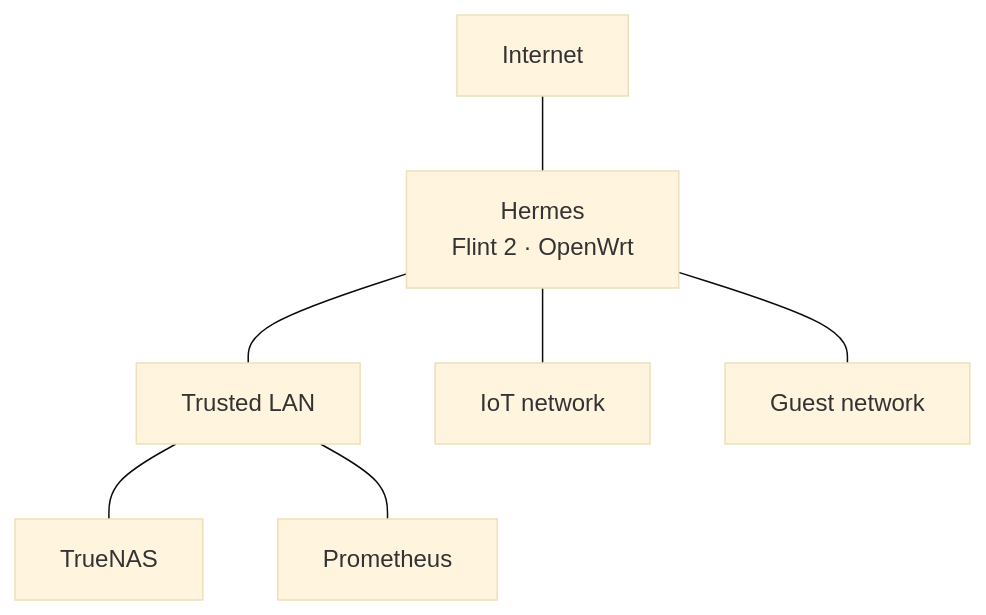
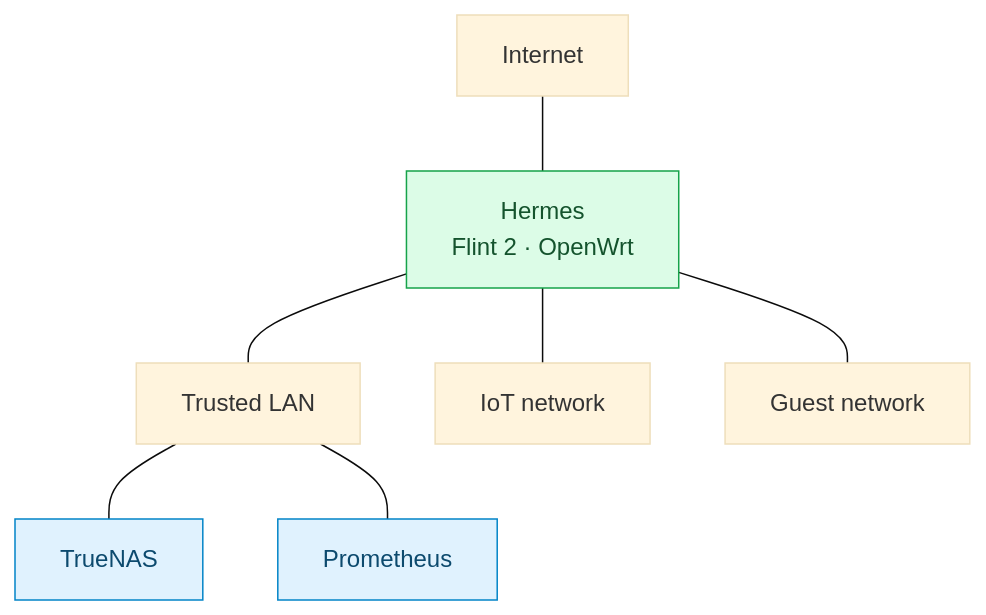
Before and after one commit to AldogPlays/Homelab: the first of 2 diagrams in docs/networking.md, drawn with Mermaid (base theme). The commit also changed other lines of this file and 10 other files, not shown here.

````diff
--- a/docs/networking.md
+++ b/docs/networking.md
@@ -9,9 +9,14 @@
 ```mermaid
 flowchart TD
     Internet["Internet"] --- Hermes["Hermes<br/>Flint 2 · OpenWrt"]
     Hermes --- Trusted["Trusted LAN"]
     Hermes --- IoT["IoT network"]
     Hermes --- Guest["Guest network"]
     Trusted --- NAS["TrueNAS"]
     Trusted --- AI["Prometheus"]
+
+    classDef host fill:#e0f2fe,stroke:#0284c7,color:#0c4a6e
+    classDef router fill:#dcfce7,stroke:#16a34a,color:#14532d
+    class NAS,AI host
+    class Hermes router
 ```
````
